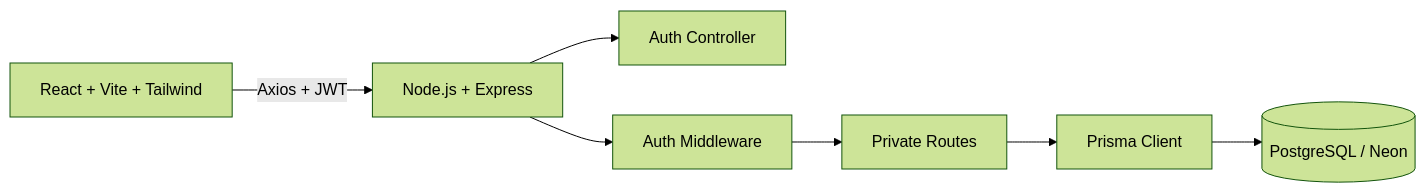
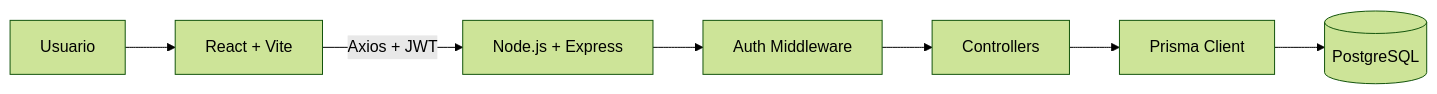
One commit to RenzoFernandes/process-hub changed the first of 2 diagrams in docs/APRESENTACAO_TECNICA.md. Above: the diagram before and after it, drawn with Mermaid (forest theme). The commit also changed other lines of this file and 15 other files, not shown here.

````diff
--- a/docs/APRESENTACAO_TECNICA.md
+++ b/docs/APRESENTACAO_TECNICA.md
@@ -33,9 +45,9 @@
 ```mermaid
 flowchart LR
-  Frontend[React + Vite + Tailwind] -->|Axios + JWT| Backend[Node.js + Express]
-  Backend --> Auth[Auth Controller]
-  Backend --> Middleware[Auth Middleware]
-  Middleware --> Routes[Private Routes]
-  Routes --> Prisma[Prisma Client]
-  Prisma --> Postgres[(PostgreSQL / Neon)]
+  User[Usuario] --> Browser[React + Vite]
+  Browser -->|Axios + JWT| API[Node.js + Express]
+  API --> Auth[Auth Middleware]
+  Auth --> Controllers[Controllers]
+  Controllers --> Prisma[Prisma Client]
+  Prisma --> DB[(PostgreSQL)]
 ```
````
